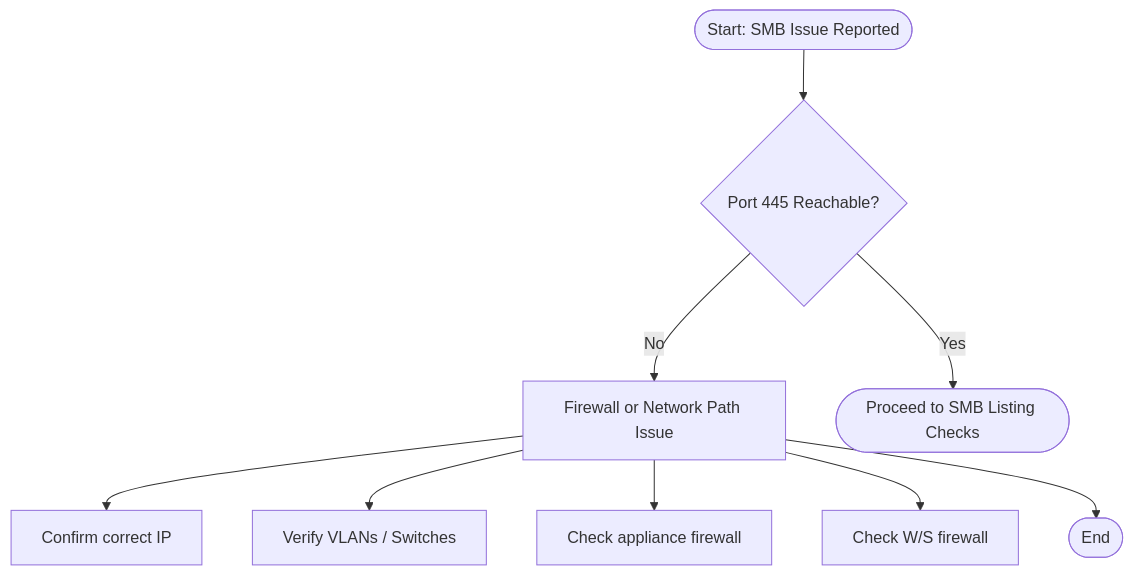
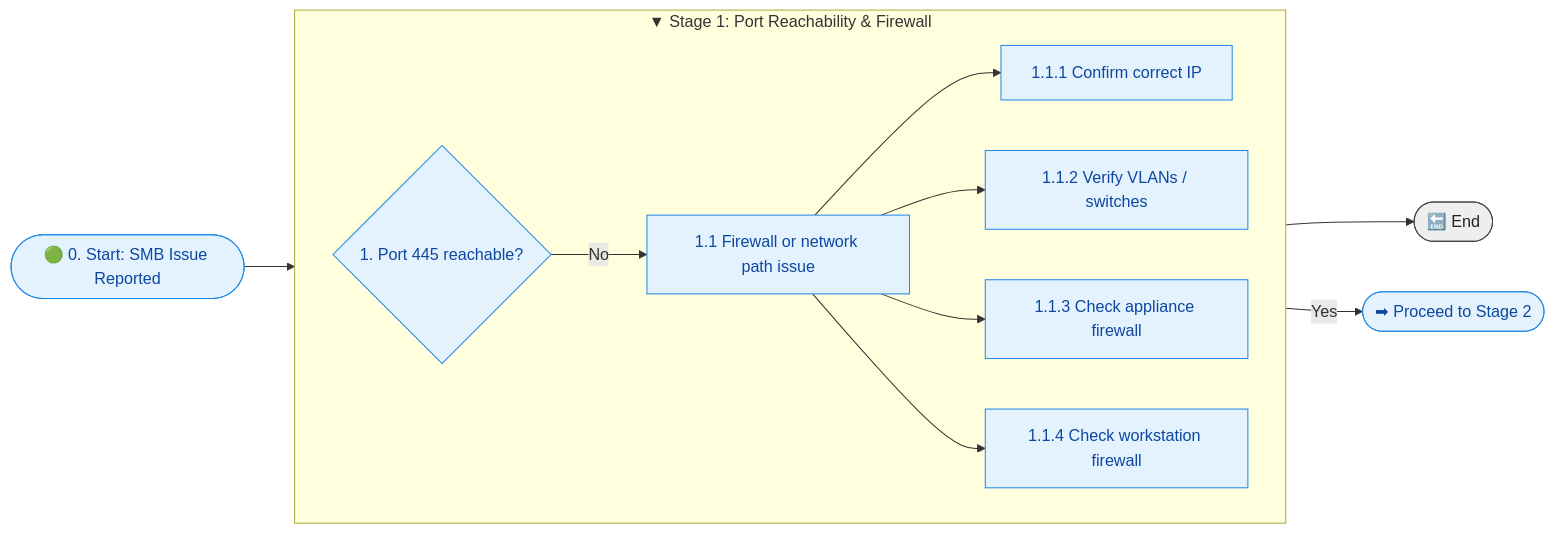
One commit to rikosintie/Haas_Data_collect changed the second of 4 diagrams in docs/appendices/appendix-g.md. Above: the diagram before and after it, drawn with Mermaid. The commit also changed other lines of this file, not shown here.

Commit message:
Git Title: appendix-g.md: added minimap, troubleshooting table

````diff
--- a/docs/appendices/appendix-g.md
+++ b/docs/appendices/appendix-g.md
@@ -5,14 +35,34 @@
 ```mermaid
-flowchart TD
 
-A([Start: SMB Issue Reported]) --> B{Port 445 Reachable?}
+flowchart LR
 
-B -->|No| B1[Firewall or Network Path Issue]
-B1 --> B1a[Confirm correct IP]
-B1 --> B1b[Verify VLANs / Switches]
-B1 --> B1c[Check appliance firewall]
-B1 --> B1d[Check W/S firewall]
-B1 --> Z([End])
+    %% Styles
+    classDef stage1 fill:#e3f2fd,stroke:#1e88e5,stroke-width:1px,color:#0d47a1;
+    classDef terminal fill:#eeeeee,stroke:#424242,color:#212121,stroke-width:1px;
 
-B -->|Yes| C([Proceed to SMB Listing Checks])
+    %% Stage 1 Entry
+    A([🟢 0. Start: SMB Issue Reported]) --> B{1. Port 445 reachable?}
+    class A,B stage1
+
+    %% Stage 1
+    subgraph Stage1 [▼ Stage 1: Port Reachability & Firewall]
+        direction LR
+
+        %% No path → firewall troubleshooting
+        B -->|No| B1[1.1 Firewall or network path issue]
+        B1 --> B1a[1.1.1 Confirm correct IP]
+        B1 --> B1b[1.1.2 Verify VLANs / switches]
+        B1 --> B1c[1.1.3 Check appliance firewall]
+        B1 --> B1d[1.1.4 Check workstation firewall]
+    end
+
+    class B1,B1a,B1b,B1c,B1d stage1
+
+    %% End if unreachable
+    B1d --> Z([🔚 End])
+    class Z terminal
+
+    %% Yes path → Stage 2
+    B -->|Yes| NextStage2([➡ Proceed to Stage 2])
+    class NextStage2 stage1
 ```
````
